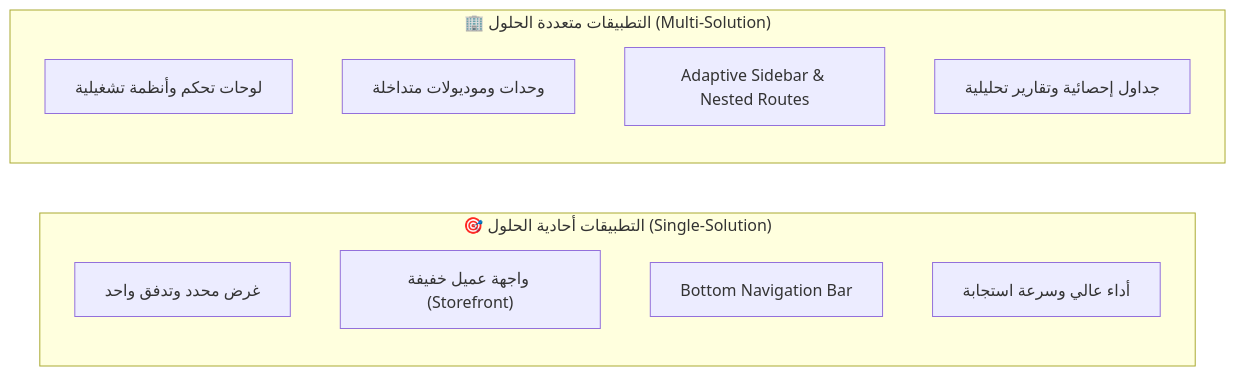
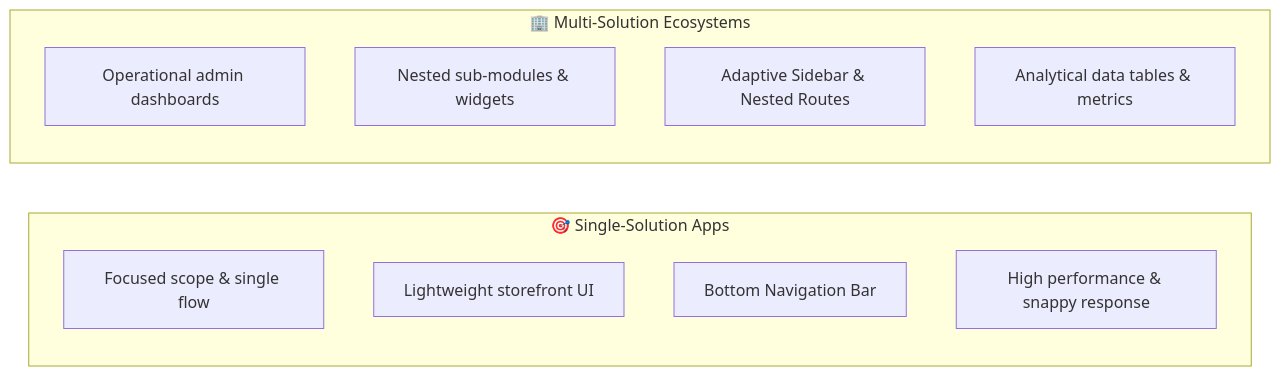
The first of 2 diagrams in doc/01_architecture/PHILOSOPHY_AND_ARCHITECTURE.md (zeftawyapps/jodija_tamplites), drawn with Mermaid before and after one commit. The commit also changed other lines of this file and 67 other files, not shown here.

````diff
--- a/doc/01_architecture/PHILOSOPHY_AND_ARCHITECTURE.md
+++ b/doc/01_architecture/PHILOSOPHY_AND_ARCHITECTURE.md
@@ -19,16 +24,16 @@
 ```mermaid
 graph LR
-    subgraph Single ["🎯 التطبيقات أحادية الحلول (Single-Solution)"]
-        S1["غرض محدد وتدفق واحد"]
-        S2["واجهة عميل خفيفة (Storefront)"]
+    subgraph Single ["🎯 Single-Solution Apps"]
+        S1["Focused scope & single flow"]
+        S2["Lightweight storefront UI"]
         S3["Bottom Navigation Bar"]
-        S4["أداء عالي وسرعة استجابة"]
+        S4["High performance & snappy response"]
     end
     
-    subgraph Multi ["🏢 التطبيقات متعددة الحلول (Multi-Solution)"]
-        M1["لوحات تحكم وأنظمة تشغيلية"]
-        M2["وحدات وموديولات متداخلة"]
+    subgraph Multi ["🏢 Multi-Solution Ecosystems"]
+        M1["Operational admin dashboards"]
+        M2["Nested sub-modules & widgets"]
         M3["Adaptive Sidebar & Nested Routes"]
-        M4["جداول إحصائية وتقارير تحليلية"]
+        M4["Analytical data tables & metrics"]
     end
 ```
````
